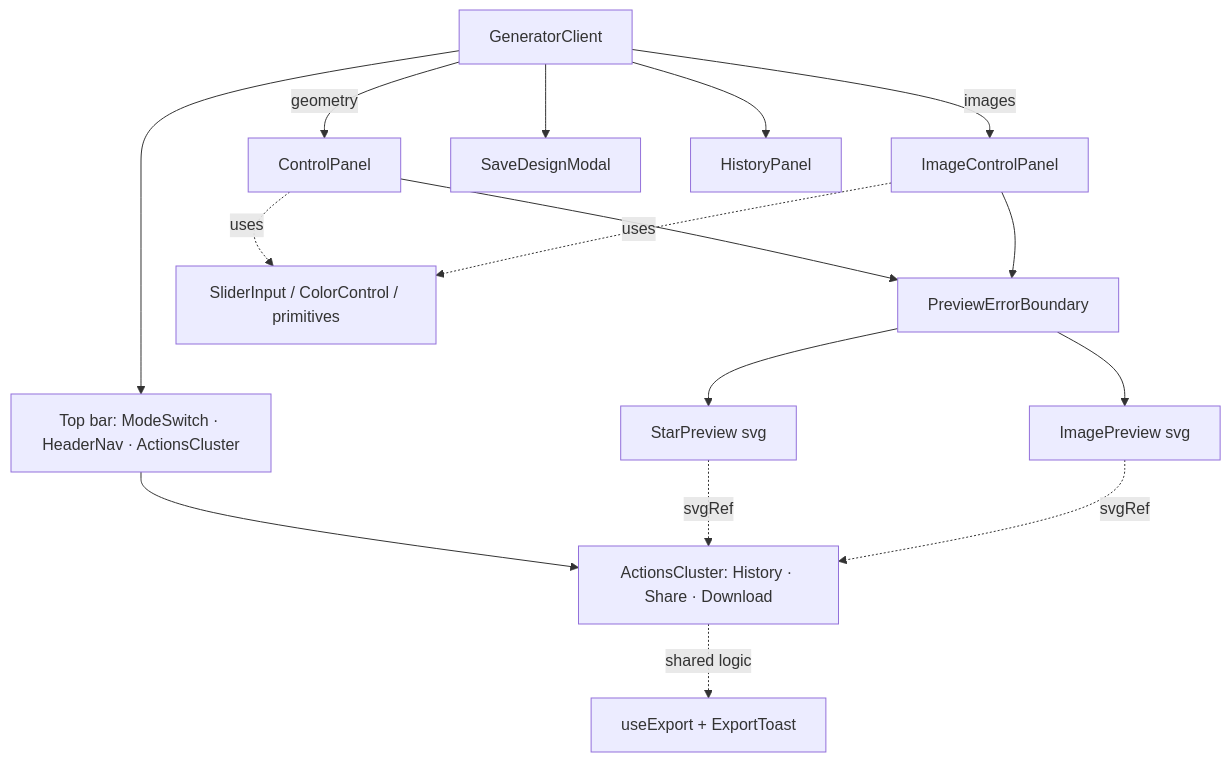
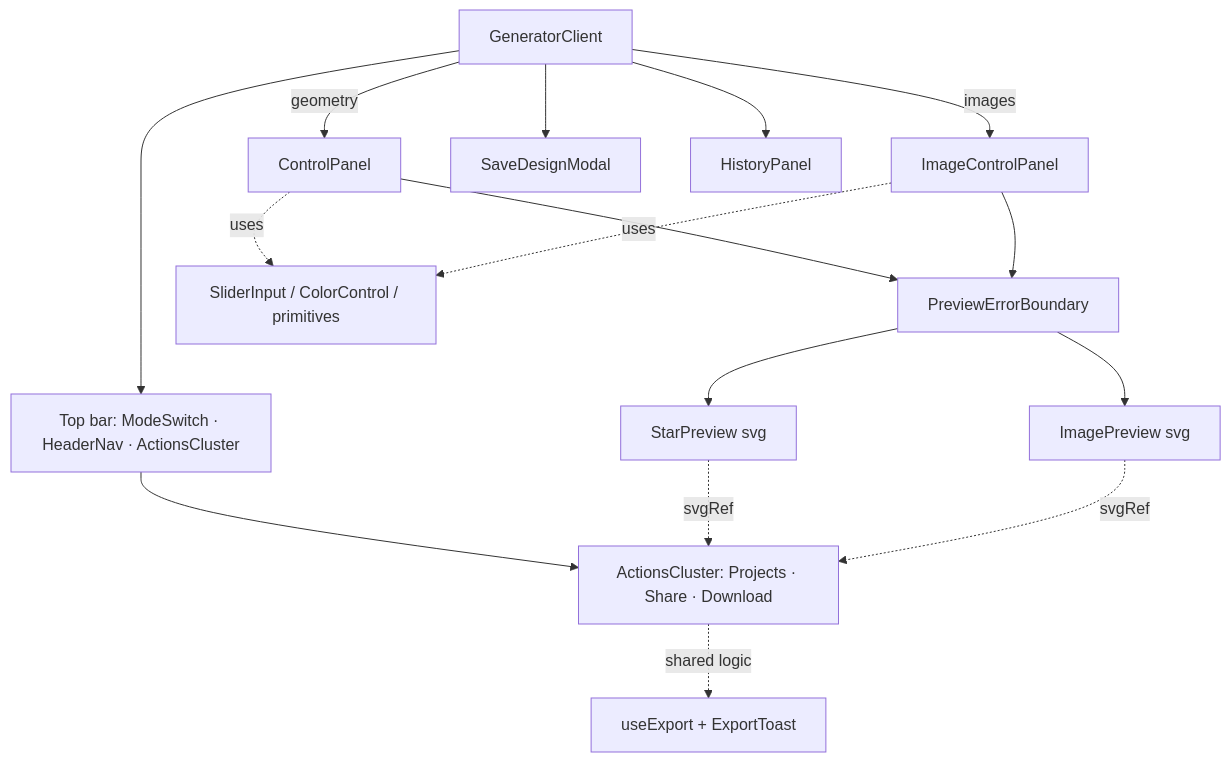
Before and after one commit to n-wlm/ninestargen: the second of 2 diagrams in docs/sections/20-architecture.md, drawn with Mermaid. The commit also changed other lines of this file and 13 other files, not shown here.

````diff
--- a/docs/sections/20-architecture.md
+++ b/docs/sections/20-architecture.md
@@ -34,14 +34,14 @@
 ```mermaid
 flowchart TD
   GC[GeneratorClient] --> TB[Top bar: ModeSwitch · HeaderNav · ActionsCluster]
   GC -->|geometry| CP[ControlPanel] --> EB[PreviewErrorBoundary] --> SP[StarPreview svg]
   GC -->|images| ICP[ImageControlPanel] --> EB --> IP[ImagePreview svg]
-  TB --> AC[ActionsCluster: History · Share · Download]
+  TB --> AC[ActionsCluster: Projects · Share · Download]
   AC -.shared logic.-> UE[useExport + ExportToast]
   GC --> SM[SaveDesignModal]
   GC --> HP[HistoryPanel]
   CP -.uses.-> SI[SliderInput / ColorControl / primitives]
   ICP -.uses.-> SI
   SP -.svgRef.-> AC
   IP -.svgRef.-> AC
 ```
````
